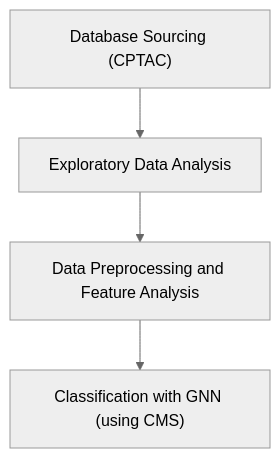
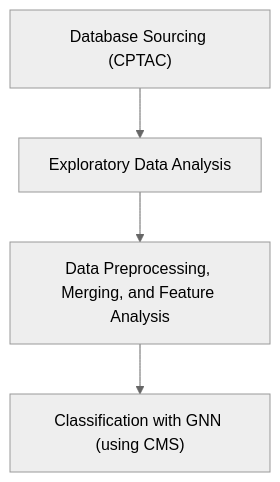
One commit to collaborativebioinformatics/Proteomic_Genomic_Cancer_KG changed the diagram in README.md. Above: the diagram before and after it, drawn with Mermaid (neutral theme).

````diff
--- a/README.md
+++ b/README.md
@@ -7,6 +7,6 @@
 ```mermaid
 graph TD;
   A["Database Sourcing (CPTAC)"]-->B["Exploratory Data Analysis"];
-  B-->C["Data Preprocessing and Feature Analysis"];
+  B-->C["Data Preprocessing, Merging, and Feature Analysis"];
   C-->D["Classification with GNN (using CMS)"]
 ```
````
